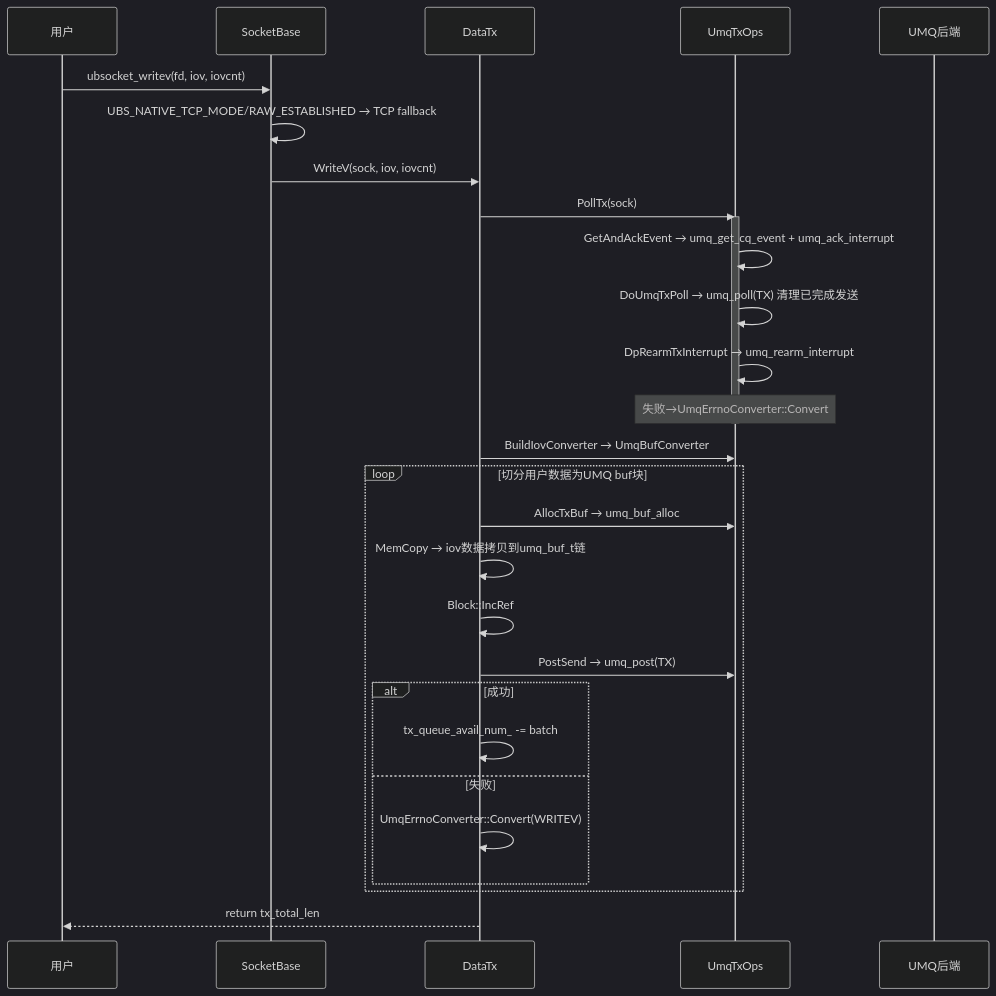
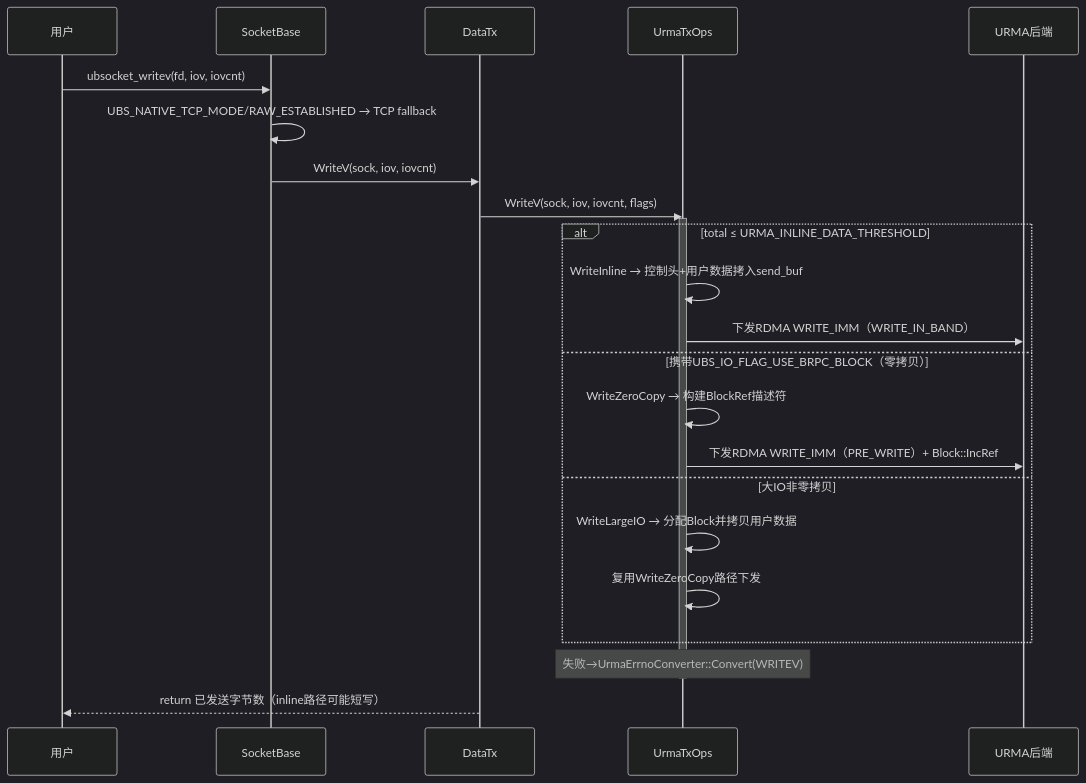
Before and after one commit to openeuler-mirror/ubs-comm: the tenth of 17 diagrams in doc/ubsocket/UBSOCKET-ARCHITECTURE.ch.md, drawn with Mermaid (dark theme). The commit also changed other lines of this file and 13 other files, not shown here.

````diff
--- a/doc/ubsocket/UBSOCKET-ARCHITECTURE.ch.md
+++ b/doc/ubsocket/UBSOCKET-ARCHITECTURE.ch.md
@@ -447,34 +390,28 @@
 ```mermaid
 sequenceDiagram
     participant APP as 用户
     participant SOCK as SocketBase
     participant TX as DataTx
-    participant TXOPS as UmqTxOps
-    participant UMQ as UMQ后端
+    participant TXOPS as UrmaTxOps
+    participant URMA as URMA后端
 
     APP->>SOCK: ubsocket_writev(fd, iov, iovcnt)
     SOCK->>SOCK: UBS_NATIVE_TCP_MODE/RAW_ESTABLISHED → TCP fallback
     SOCK->>TX: WriteV(sock, iov, iovcnt)
 
-    TX->>TXOPS: PollTx(sock)
+    TX->>TXOPS: WriteV(sock, iov, iovcnt, flags)
     activate TXOPS
-    TXOPS->>TXOPS: GetAndAckEvent → umq_get_cq_event + umq_ack_interrupt
-    TXOPS->>TXOPS: DoUmqTxPoll → umq_poll(TX) 清理已完成发送
-    TXOPS->>TXOPS: DpRearmTxInterrupt → umq_rearm_interrupt
-    Note over TXOPS: 失败→UmqErrnoConverter::Convert
+    alt total ≤ URMA_INLINE_DATA_THRESHOLD
+        TXOPS->>TXOPS: WriteInline → 控制头+用户数据拷入send_buf
+        TXOPS->>URMA: 下发RDMA WRITE_IMM（WRITE_IN_BAND）
+    else 携带UBS_IO_FLAG_USE_BRPC_BLOCK（零拷贝）
+        TXOPS->>TXOPS: WriteZeroCopy → 构建BlockRef描述符
+        TXOPS->>URMA: 下发RDMA WRITE_IMM（PRE_WRITE）+ Block::IncRef
+    else 大IO非零拷贝
+        TXOPS->>TXOPS: WriteLargeIO → 分配Block并拷贝用户数据
+        TXOPS->>TXOPS: 复用WriteZeroCopy路径下发
+    end
+    Note over TXOPS: 失败→UrmaErrnoConverter::Convert(WRITEV)
     deactivate TXOPS
-
-    TX->>TXOPS: BuildIovConverter → UmqBufConverter
-    loop 切分用户数据为UMQ buf块
-        TX->>TXOPS: AllocTxBuf → umq_buf_alloc
-        TX->>TX: MemCopy → iov数据拷贝到umq_buf_t链
-        TX->>TX: Block::IncRef
-        TX->>TXOPS: PostSend → umq_post(TX)
-        alt 成功
-            TX->>TX: tx_queue_avail_num_ -= batch
-        else 失败
-            TX->>TX: UmqErrnoConverter::Convert(WRITEV)
-        end
-    end
-    TX-->>APP: return tx_total_len
+    TX-->>APP: return 已发送字节数（inline路径可能短写）
 ```
````
